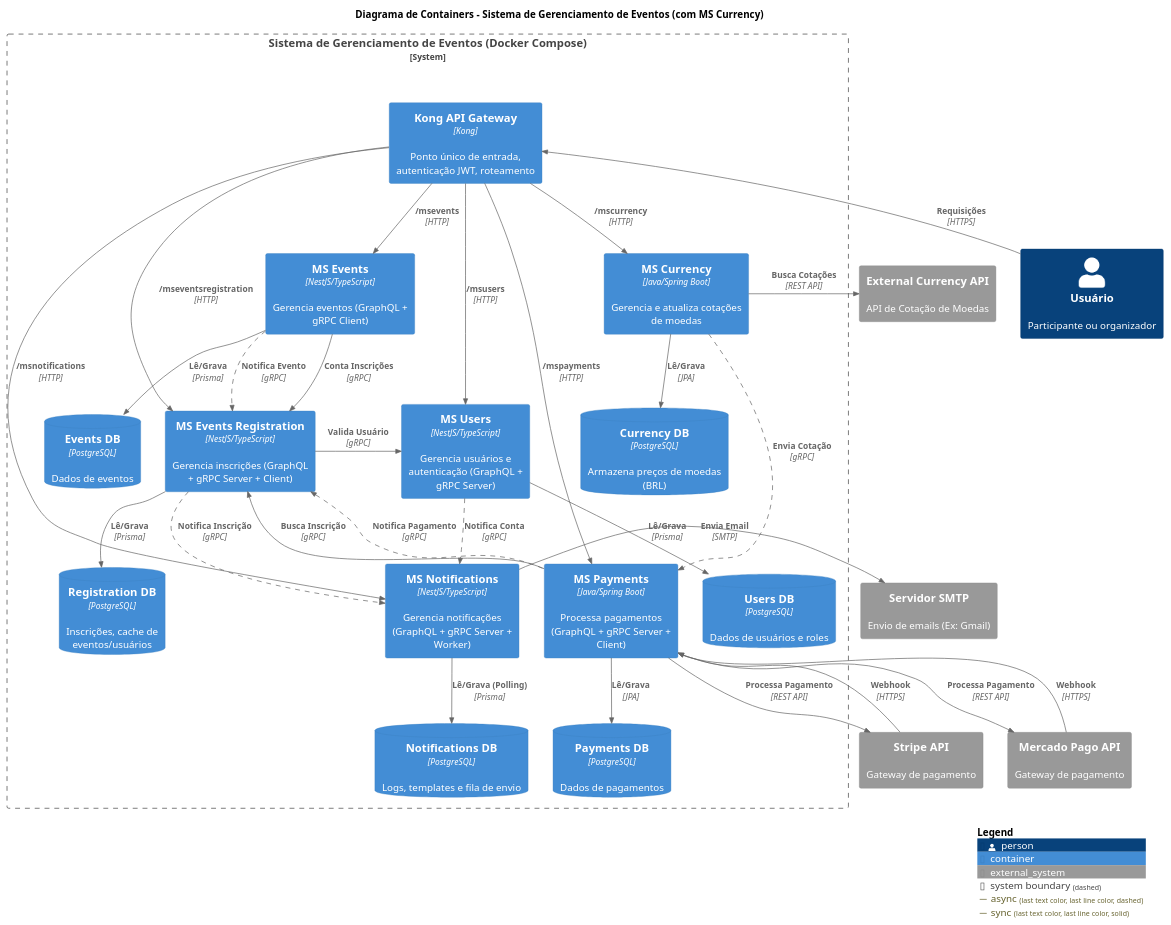
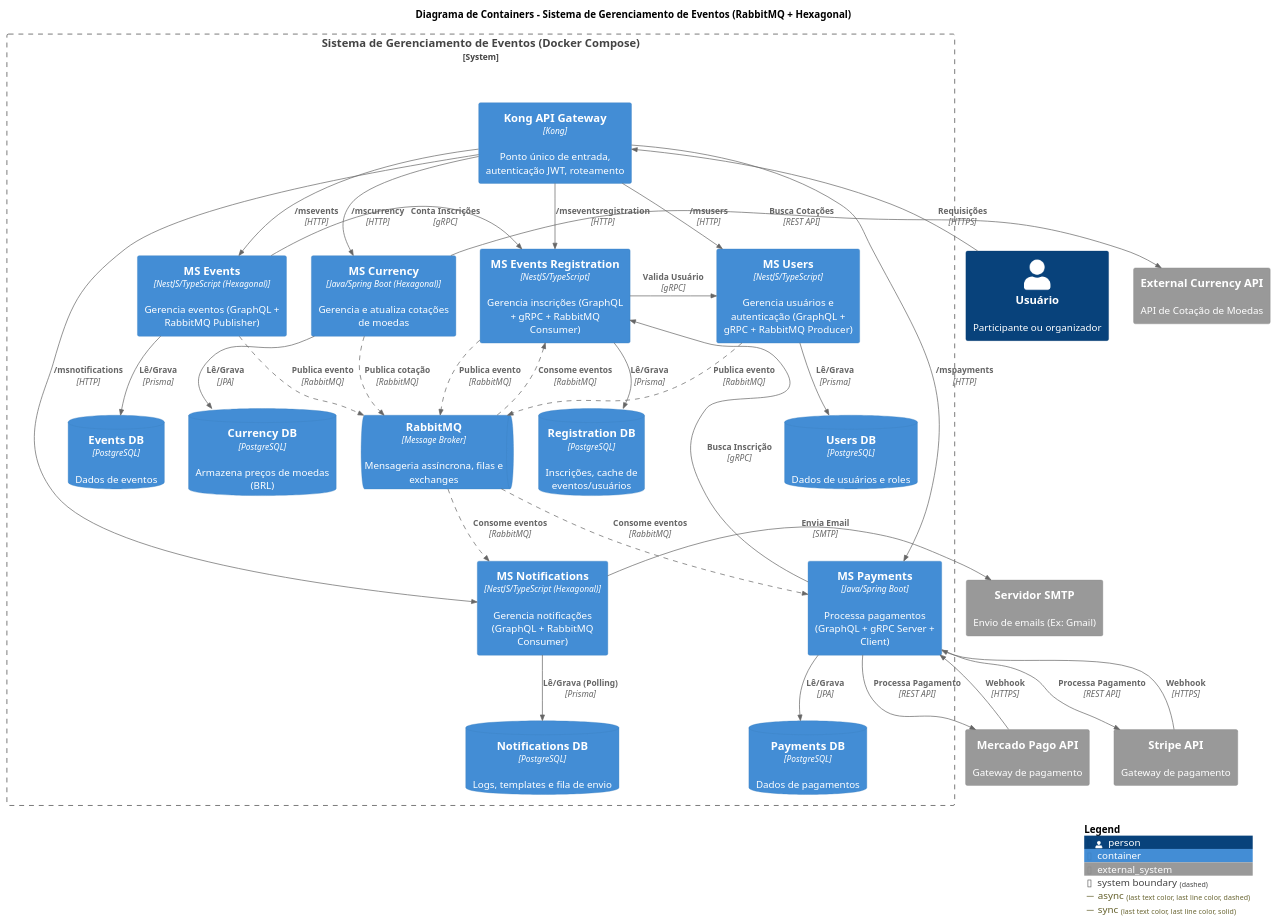
Before and after one commit to GabrielMainiere/events-backend: the diagram in docs/diagrams/c4-container.puml, drawn with PlantUML. The commit also changed 16 other files, not shown here.

Commit message:
updating diagrams, updating readme and adding new informations

```diff
--- a/docs/diagrams/c4-container.puml
+++ b/docs/diagrams/c4-container.puml
@@ -1,68 +1,72 @@
 @startuml
 !include https://raw.githubusercontent.com/plantuml-stdlib/C4-PlantUML/refs/heads/master/C4_Container.puml
 AddRelTag("async", $lineStyle=DashedLine())
 AddRelTag("sync", $lineStyle=SolidLine())
 
-title Diagrama de Containers - Sistema de Gerenciamento de Eventos (com MS Currency)
+title Diagrama de Containers - Sistema de Gerenciamento de Eventos (RabbitMQ + Hexagonal)
 
 Person(user, "Usuário", "Participante ou organizador")
 System_Ext(mercadoPago, "Mercado Pago API", "Gateway de pagamento")
 System_Ext(stripe, "Stripe API", "Gateway de pagamento")
 System_Ext(smtpServer, "Servidor SMTP", "Envio de emails (Ex: Gmail)")
 System_Ext(currencyApi, "External Currency API", "API de Cotação de Moedas")
 
 System_Boundary(eventsSystem, "Sistema de Gerenciamento de Eventos (Docker Compose)") {
 
     Container(gateway, "Kong API Gateway", "Kong", "Ponto único de entrada, autenticação JWT, roteamento")
 
-    Container(msusers, "MS Users", "NestJS/TypeScript", "Gerencia usuários e autenticação (GraphQL + gRPC Server)")
-    Container(msevents, "MS Events", "NestJS/TypeScript", "Gerencia eventos (GraphQL + gRPC Client)")
-    Container(msregistration, "MS Events Registration", "NestJS/TypeScript", "Gerencia inscrições (GraphQL + gRPC Server + Client)")
+    Container(msusers, "MS Users", "NestJS/TypeScript", "Gerencia usuários e autenticação (GraphQL + gRPC + RabbitMQ Producer)")
+    Container(msevents, "MS Events", "NestJS/TypeScript (Hexagonal)", "Gerencia eventos (GraphQL + RabbitMQ Publisher)")
+    Container(msregistration, "MS Events Registration", "NestJS/TypeScript", "Gerencia inscrições (GraphQL + gRPC + RabbitMQ Consumer)")
     Container(mspayments, "MS Payments", "Java/Spring Boot", "Processa pagamentos (GraphQL + gRPC Server + Client)")
-    Container(msnotifications, "MS Notifications", "NestJS/TypeScript", "Gerencia notificações (GraphQL + gRPC Server + Worker)")
-    Container(mscurrency, "MS Currency", "Java/Spring Boot", "Gerencia e atualiza cotações de moedas")
+    Container(msnotifications, "MS Notifications", "NestJS/TypeScript (Hexagonal)", "Gerencia notificações (GraphQL + RabbitMQ Consumer)")
+    Container(mscurrency, "MS Currency", "Java/Spring Boot (Hexagonal)", "Gerencia e atualiza cotações de moedas")
+    
+    ContainerQueue(rabbitmq, "RabbitMQ", "Message Broker", "Mensageria assíncrona, filas e exchanges")
     
     ContainerDb(dbUsers, "Users DB", "PostgreSQL", "Dados de usuários e roles")
     ContainerDb(dbEvents, "Events DB", "PostgreSQL", "Dados de eventos")
     ContainerDb(dbRegistration, "Registration DB", "PostgreSQL", "Inscrições, cache de eventos/usuários")
     ContainerDb(dbPayments, "Payments DB", "PostgreSQL", "Dados de pagamentos")
     ContainerDb(dbNotifications, "Notifications DB", "PostgreSQL", "Logs, templates e fila de envio")
     ContainerDb(dbCurrency, "Currency DB", "PostgreSQL", "Armazena preços de moedas (BRL)")
 }
 
 Rel_U(user, gateway, "Requisições", "HTTPS")
 
 Rel_D(gateway, msusers, "/msusers", "HTTP", $tags="sync")
 Rel_D(gateway, msevents, "/msevents", "HTTP", $tags="sync")
 Rel_D(gateway, msregistration, "/mseventsregistration", "HTTP", $tags="sync")
 Rel_D(gateway, mspayments, "/mspayments", "HTTP", $tags="sync")
 Rel_D(gateway, msnotifications, "/msnotifications", "HTTP", $tags="sync")
 Rel_D(gateway, mscurrency, "/mscurrency", "HTTP", $tags="sync")
 
 Rel_D(msusers, dbUsers, "Lê/Grava", "Prisma")
 Rel_D(msevents, dbEvents, "Lê/Grava", "Prisma")
 Rel_D(msregistration, dbRegistration, "Lê/Grava", "Prisma")
 Rel_D(mspayments, dbPayments, "Lê/Grava", "JPA")
 Rel_D(msnotifications, dbNotifications, "Lê/Grava (Polling)", "Prisma")
 Rel_D(mscurrency, dbCurrency, "Lê/Grava", "JPA")
 
 Rel_R(msregistration, msusers, "Valida Usuário", "gRPC", $tags="sync")
 Rel_R(msevents, msregistration, "Conta Inscrições", "gRPC", $tags="sync")
 Rel_R(mspayments, msregistration, "Busca Inscrição", "gRPC", $tags="sync")
 
-Rel(msusers, msnotifications, "Notifica Conta", "gRPC", $tags="async")
-Rel(msregistration, msnotifications, "Notifica Inscrição", "gRPC", $tags="async")
-Rel(mscurrency, mspayments, "Envia Cotação", "gRPC", $tags="async")
+Rel_D(msusers, rabbitmq, "Publica evento", "RabbitMQ", $tags="async")
+Rel_D(msregistration, rabbitmq, "Publica evento", "RabbitMQ", $tags="async")
+Rel_D(msevents, rabbitmq, "Publica evento", "RabbitMQ", $tags="async")
+Rel_D(mscurrency, rabbitmq, "Publica cotação", "RabbitMQ", $tags="async")
 
-Rel_D(msevents, msregistration, "Notifica Evento", "gRPC", $tags="async")
-Rel_U(mspayments, msregistration, "Notifica Pagamento", "gRPC", $tags="async")
+Rel_D(rabbitmq, msnotifications, "Consome eventos", "RabbitMQ", $tags="async")
+Rel_D(rabbitmq, mspayments, "Consome eventos", "RabbitMQ", $tags="async")
+Rel_D(rabbitmq, msregistration, "Consome eventos", "RabbitMQ", $tags="async")
 
 Rel_R(msnotifications, smtpServer, "Envia Email", "SMTP")
 Rel_R(mspayments, mercadoPago, "Processa Pagamento", "REST API")
 Rel_R(mspayments, stripe, "Processa Pagamento", "REST API")
 Rel_R(mscurrency, currencyApi, "Busca Cotações", "REST API")
 Rel_U(mercadoPago, mspayments, "Webhook", "HTTPS")
 Rel_U(stripe, mspayments, "Webhook", "HTTPS")
 
 SHOW_LEGEND()
 @enduml
```
